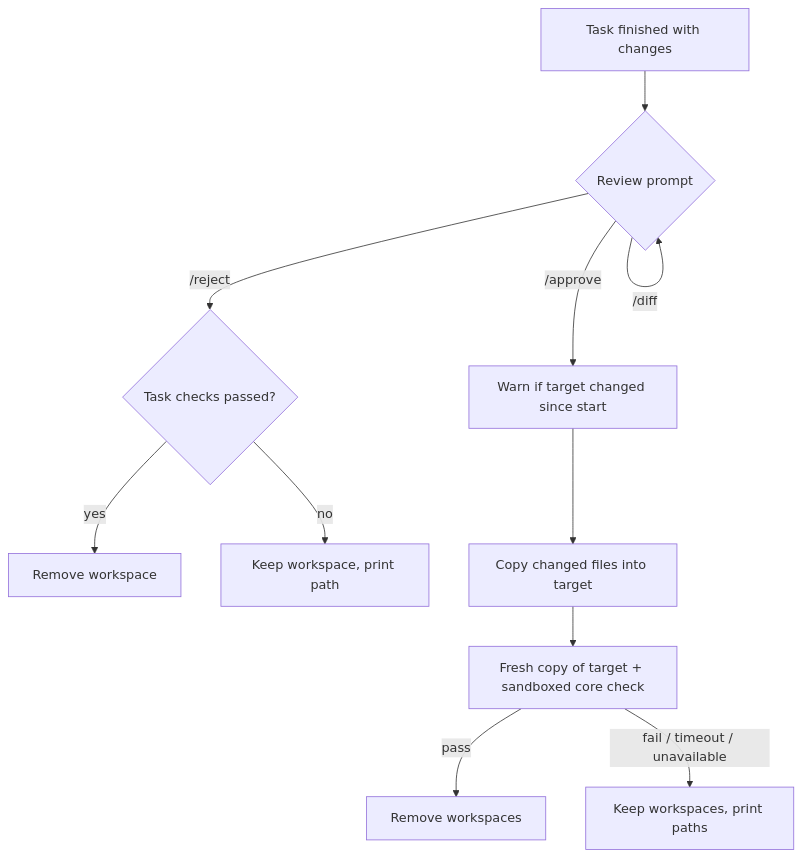
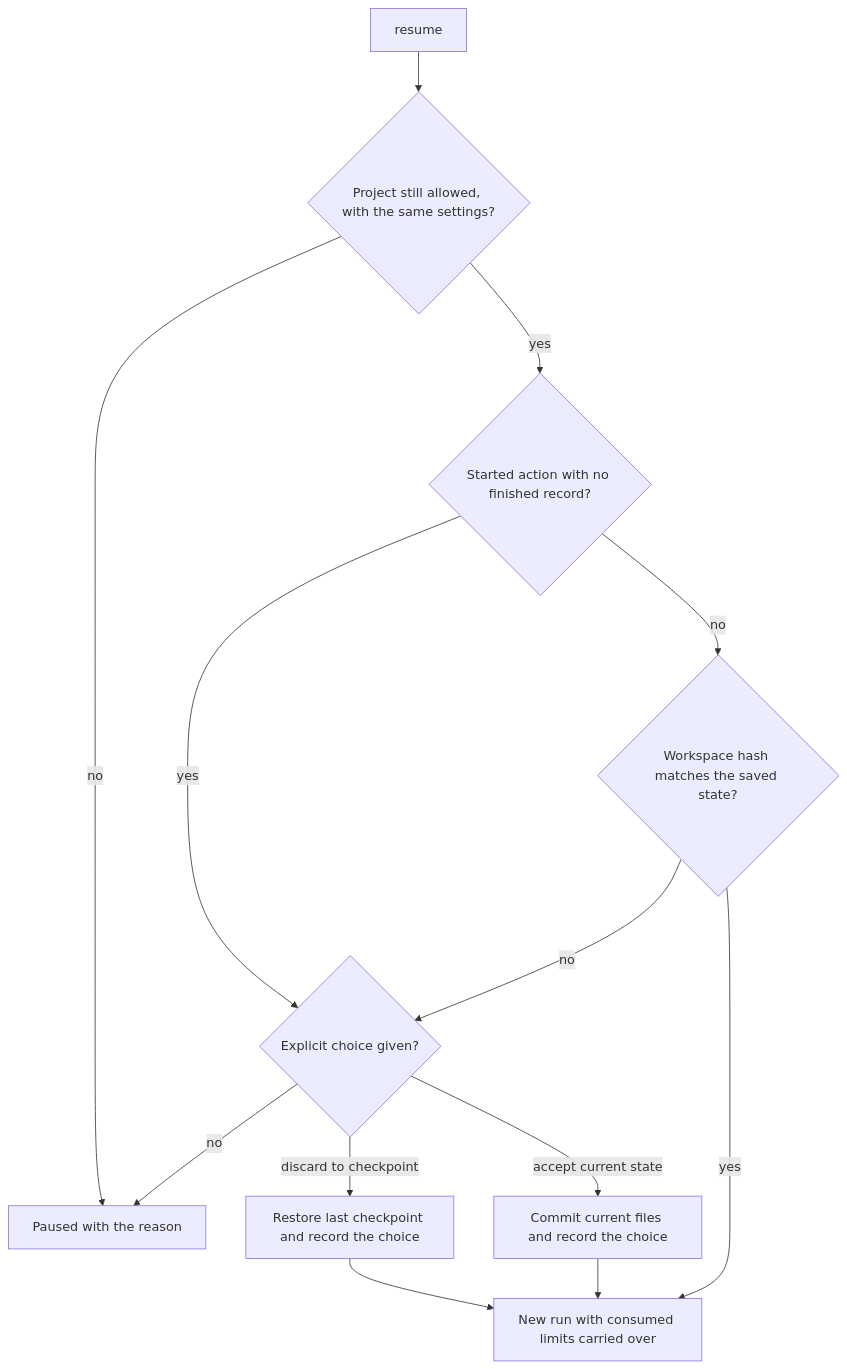
The third of 3 diagrams in README.md (d-zangerl/semester-project), drawn with Mermaid before and after one commit. The commit also changed other lines of this file, not shown here.

````diff
--- a/README.md
+++ b/README.md
@@ -130,13 +109,13 @@
 ```mermaid
 flowchart TD
-  A[Task finished with changes] --> B{Review prompt}
-  B -->|/diff| B
-  B -->|/reject| R{Task checks passed?}
-  R -->|yes| R1[Remove workspace]
-  R -->|no| R2[Keep workspace, print path]
-  B -->|/approve| C[Warn if target changed since start]
-  C --> D[Copy changed files into target]
-  D --> E[Fresh copy of target + sandboxed core check]
-  E -->|pass| F[Remove workspaces]
-  E -->|fail / timeout / unavailable| G[Keep workspaces, print paths]
+  A[resume] --> B{Project still allowed, with the same settings?}
+  B -->|no| P[Paused with the reason]
+  B -->|yes| C{Started action with no finished record?}
+  C -->|yes| D{Explicit choice given?}
+  C -->|no| E{Workspace hash matches the saved state?}
+  E -->|no| D
+  E -->|yes| R[New run with consumed limits carried over]
+  D -->|no| P
+  D -->|discard to checkpoint| F[Restore last checkpoint and record the choice] --> R
+  D -->|accept current state| G[Commit current files and record the choice] --> R
 ```
````
